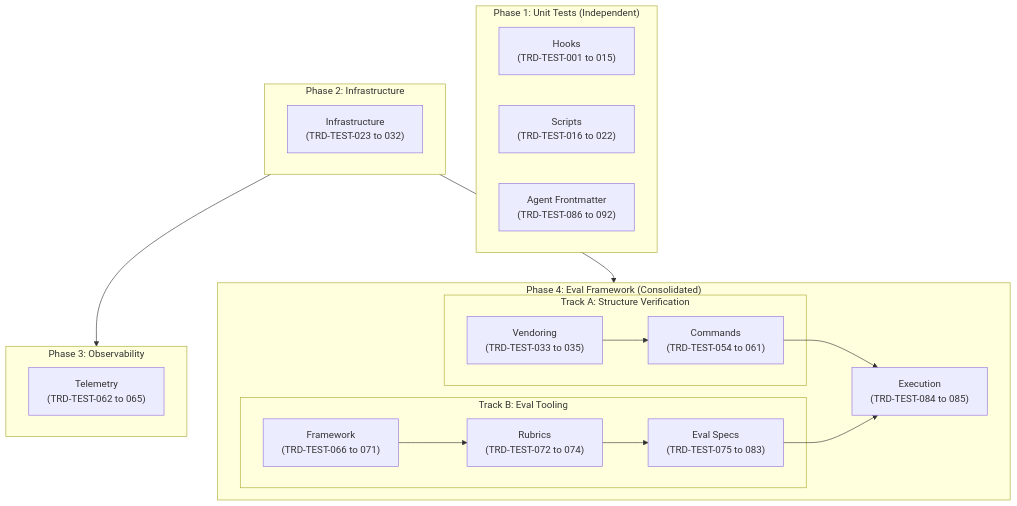
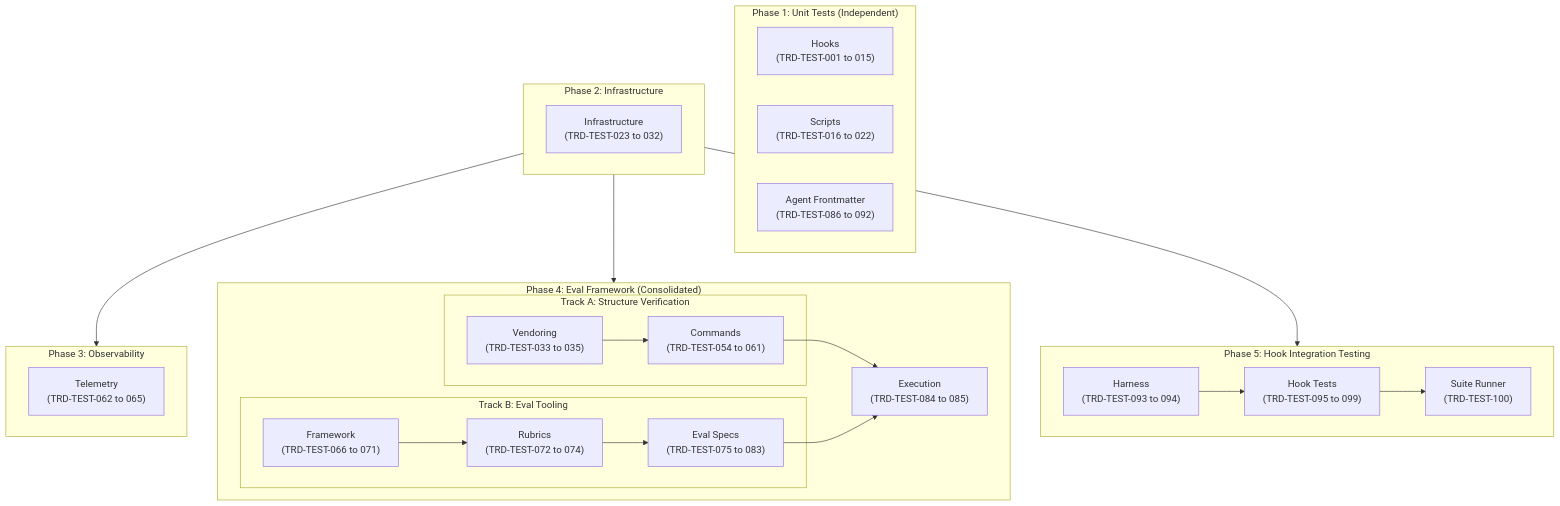
One commit to FortiumPartners/ensemble changed the tenth of 10 diagrams in docs/TRD/testing-phase.md. Above: the diagram before and after it, drawn with Mermaid. The commit also changed other lines of this file and 2036 other files, not shown here.

````diff
--- a/docs/TRD/testing-phase.md
+++ b/docs/TRD/testing-phase.md
@@ -2620,37 +2765,46 @@
 ```mermaid
 flowchart TB
     subgraph PHASE1["Phase 1: Unit Tests (Independent)"]
         UH["Hooks<br/>(TRD-TEST-001 to 015)"]
         US["Scripts<br/>(TRD-TEST-016 to 022)"]
         UA["Agent Frontmatter<br/>(TRD-TEST-086 to 092)"]
     end
 
     subgraph PHASE2["Phase 2: Infrastructure"]
         II["Infrastructure<br/>(TRD-TEST-023 to 032)"]
     end
 
     subgraph PHASE3["Phase 3: Observability"]
         OT["Telemetry<br/>(TRD-TEST-062 to 065)"]
     end
 
     subgraph PHASE4["Phase 4: Eval Framework (Consolidated)"]
         subgraph TRACKA["Track A: Structure Verification"]
             IV["Vendoring<br/>(TRD-TEST-033 to 035)"]
             IC["Commands<br/>(TRD-TEST-054 to 061)"]
         end
         subgraph TRACKB["Track B: Eval Tooling"]
             EF_FW["Framework<br/>(TRD-TEST-066 to 071)"]
             EF_RB["Rubrics<br/>(TRD-TEST-072 to 074)"]
             EF_SP["Eval Specs<br/>(TRD-TEST-075 to 083)"]
         end
         EF_EX["Execution<br/>(TRD-TEST-084 to 085)"]
     end
 
+    subgraph PHASE5["Phase 5: Hook Integration Testing"]
+        HI_HR["Harness<br/>(TRD-TEST-093 to 094)"]
+        HI_HT["Hook Tests<br/>(TRD-TEST-095 to 099)"]
+        HI_SR["Suite Runner<br/>(TRD-TEST-100)"]
+    end
+
     PHASE2 --> PHASE3
     PHASE2 --> PHASE4
     IV --> IC
     EF_FW --> EF_RB
     EF_RB --> EF_SP
     IC --> EF_EX
     EF_SP --> EF_EX
+    PHASE2 --> PHASE5
+    HI_HR --> HI_HT
+    HI_HT --> HI_SR
 ```
````
